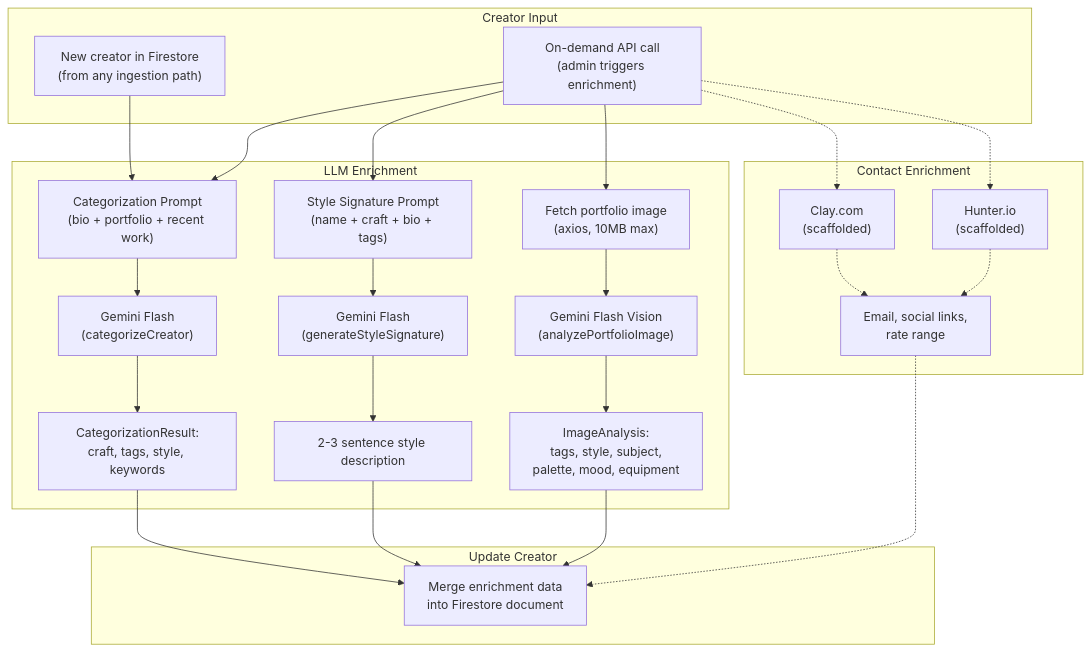
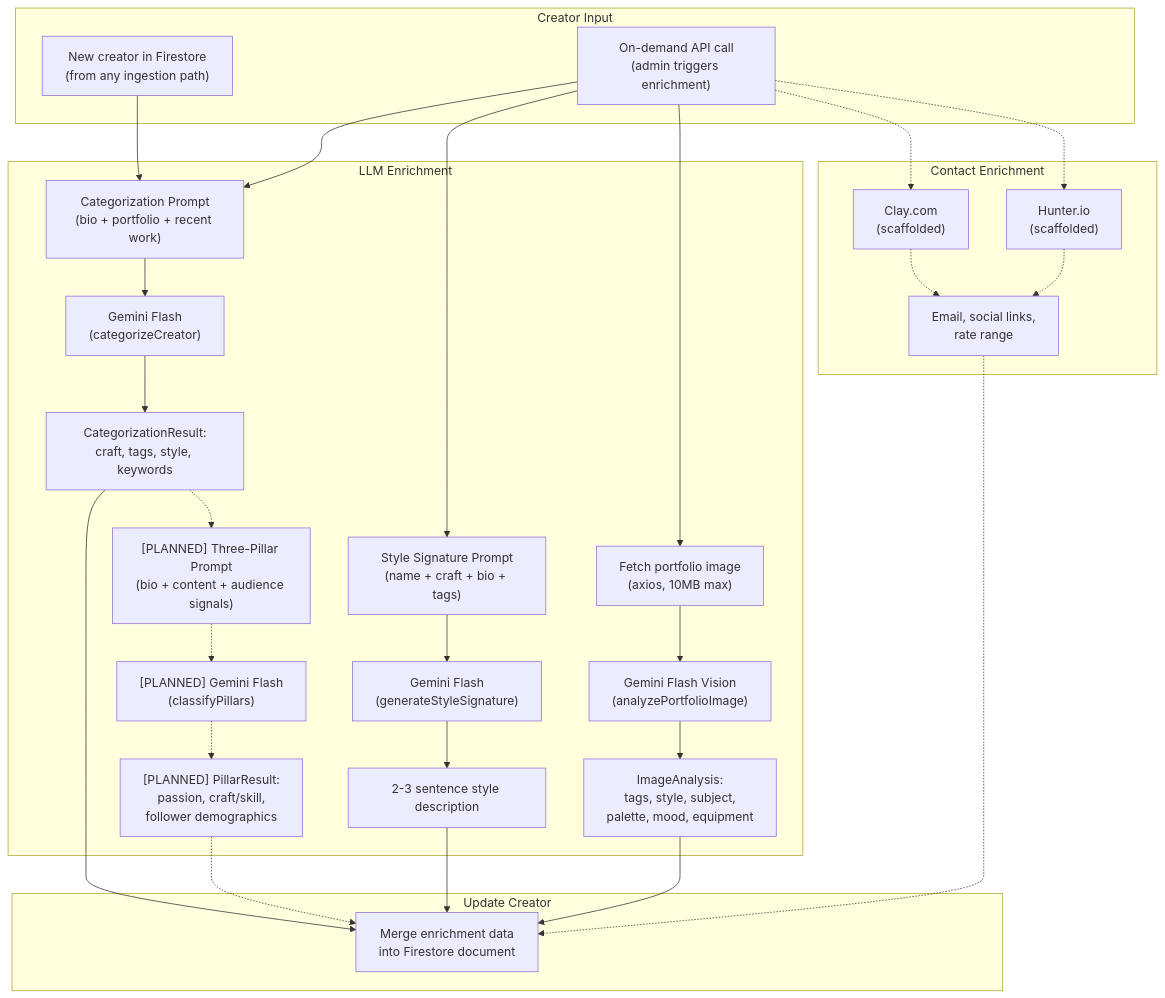
One commit to Absolute-Space-GHCP/cf-creator-database changed the third of 11 diagrams in docs/WORKFLOW.md. Above: the diagram before and after it, drawn with Mermaid. The commit also changed other lines of this file and 4 other files, not shown here.

First line of the commit message:
docs: integrate Leo's 3-pillar framework + follower gate into ARCHITECTURE.md and WORKFLOW.md; remove legacy files; add session handoff

````diff
--- a/docs/WORKFLOW.md
+++ b/docs/WORKFLOW.md
@@ -225,50 +274,58 @@
 ```mermaid
 graph TD
     subgraph input [Creator Input]
         NewCreator["New creator in Firestore<br/>(from any ingestion path)"]
         OnDemand["On-demand API call<br/>(admin triggers enrichment)"]
     end
 
     subgraph llm [LLM Enrichment]
         CatPrompt["Categorization Prompt<br/>(bio + portfolio + recent work)"]
         CatModel["Gemini Flash<br/>(categorizeCreator)"]
         CatResult["CategorizationResult:<br/>craft, tags, style, keywords"]
+
+        PillarPrompt["[PLANNED] Three-Pillar Prompt<br/>(bio + content + audience signals)"]
+        PillarModel["[PLANNED] Gemini Flash<br/>(classifyPillars)"]
+        PillarResult["[PLANNED] PillarResult:<br/>passion, craft/skill,<br/>follower demographics"]
 
         StylePrompt["Style Signature Prompt<br/>(name + craft + bio + tags)"]
         StyleModel["Gemini Flash<br/>(generateStyleSignature)"]
         StyleResult["2-3 sentence style description"]
 
         VisionFetch["Fetch portfolio image<br/>(axios, 10MB max)"]
         VisionModel["Gemini Flash Vision<br/>(analyzePortfolioImage)"]
         VisionResult["ImageAnalysis:<br/>tags, style, subject,<br/>palette, mood, equipment"]
     end
 
     subgraph contact [Contact Enrichment]
         Clay["Clay.com<br/>(scaffolded)"]
         Hunter["Hunter.io<br/>(scaffolded)"]
         ContactResult["Email, social links,<br/>rate range"]
     end
 
     subgraph store [Update Creator]
         Merge["Merge enrichment data<br/>into Firestore document"]
     end
 
     NewCreator --> CatPrompt
     OnDemand --> CatPrompt
     OnDemand --> StylePrompt
     OnDemand --> VisionFetch
 
     CatPrompt --> CatModel --> CatResult
+    CatResult -.-> PillarPrompt
+    PillarPrompt -.-> PillarModel
+    PillarModel -.-> PillarResult
     StylePrompt --> StyleModel --> StyleResult
     VisionFetch --> VisionModel --> VisionResult
 
     OnDemand -.-> Clay
     OnDemand -.-> Hunter
     Clay -.-> ContactResult
     Hunter -.-> ContactResult
 
     CatResult --> Merge
+    PillarResult -.-> Merge
     StyleResult --> Merge
     VisionResult --> Merge
     ContactResult -.-> Merge
 ```
````
